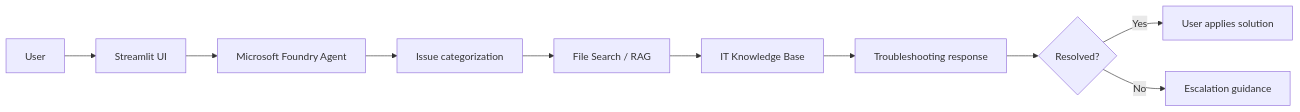
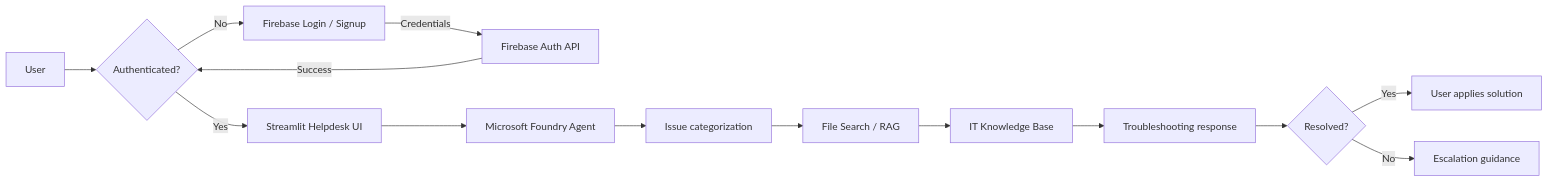
Before and after one commit to NSharp-mahajan/IT-help-desk-agent-: the first of 2 diagrams in README.md, drawn with Mermaid. The commit also changed other lines of this file and 9 other files, not shown here.

Commit message:
feat: implement Firebase Authentication and User Profile Dashboard with Firestore data isolation

````diff
--- a/README.md
+++ b/README.md
@@ -13,12 +13,16 @@
 ```mermaid
 flowchart LR
-    U[User] --> UI[Streamlit UI]
+    U[User] --> AUTH{Authenticated?}
+    AUTH -->|No| LOGIN[Firebase Login / Signup]
+    LOGIN -->|Credentials| FB[Firebase Auth API]
+    FB -->|Success| AUTH
+    AUTH -->|Yes| UI[Streamlit Helpdesk UI]
     UI --> FA[Microsoft Foundry Agent]
     FA --> C[Issue categorization]
     C --> R[File Search / RAG]
     R --> KB[IT Knowledge Base]
     KB --> T[Troubleshooting response]
     T --> D{Resolved?}
     D -->|Yes| S[User applies solution]
     D -->|No| E[Escalation guidance]
 ```
````
